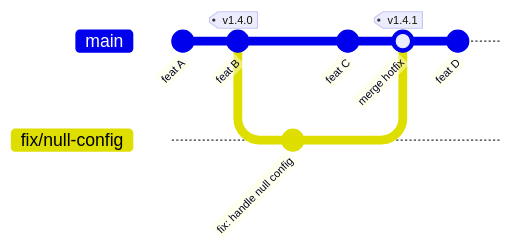
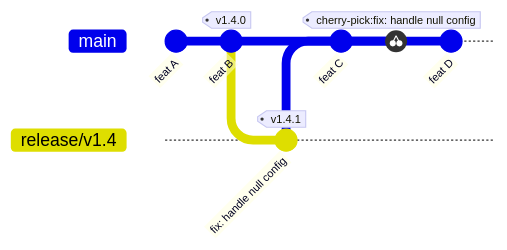
One commit to greenblacked/Notes changed the diagram in content/standards/branching-and-merge-standard.md. Above: the diagram before and after it, drawn with Mermaid. The commit also changed other lines of this file and 116 other files, not shown here.

````diff
--- a/content/standards/branching-and-merge-standard.md
+++ b/content/standards/branching-and-merge-standard.md
@@ -139,12 +140,11 @@
 ```mermaid
 gitGraph
   commit id: "feat A"
   commit id: "feat B" tag: "v1.4.0"
-  branch fix/null-config
-  checkout fix/null-config
-  commit id: "fix: handle null config"
+  branch release/v1.4
+  commit id: "fix: handle null config" tag: "v1.4.1"
   checkout main
   commit id: "feat C"
-  merge fix/null-config id: "merge hotfix" tag: "v1.4.1"
+  cherry-pick id: "fix: handle null config"
   commit id: "feat D"
 ```
````
